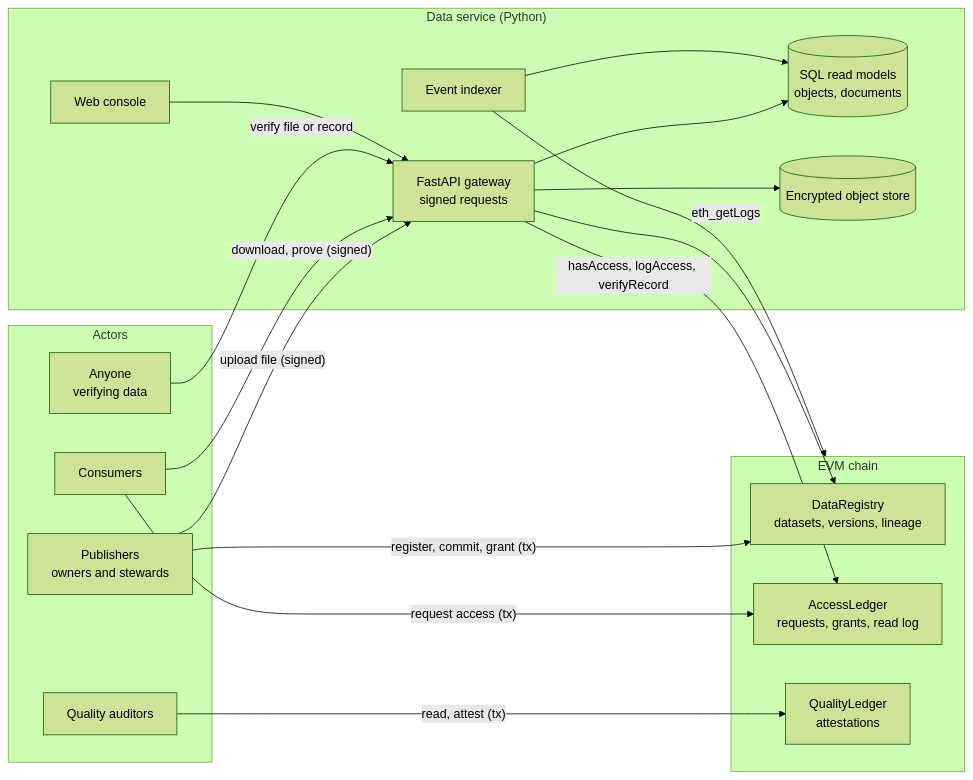
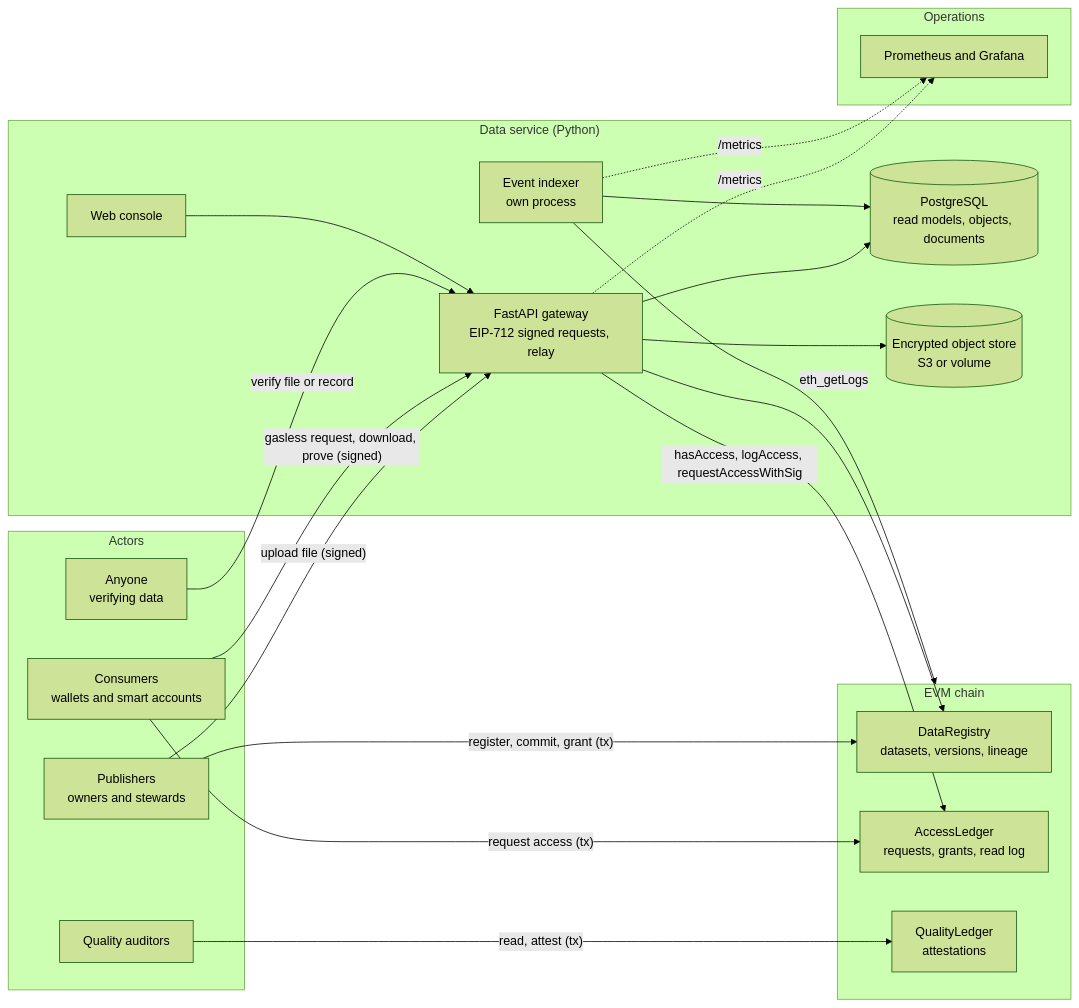
The diagram in docs/diagrams/architecture.mmd (sadrulemail/blockchain-data-management), drawn with Mermaid (forest theme) before and after one commit. The commit also changed 23 other files, not shown here.

```diff
--- a/docs/diagrams/architecture.mmd
+++ b/docs/diagrams/architecture.mmd
@@ -1,32 +1,37 @@
 flowchart LR
   subgraph Actors
     PUB[Publishers<br/>owners and stewards]
-    CON[Consumers]
+    CON[Consumers<br/>wallets and smart accounts]
     AUD[Quality auditors]
     ANY[Anyone<br/>verifying data]
   end
   subgraph Chain["EVM chain"]
     DR[DataRegistry<br/>datasets, versions, lineage]
     AL[AccessLedger<br/>requests, grants, read log]
     QL[QualityLedger<br/>attestations]
   end
   subgraph Service["Data service (Python)"]
-    API[FastAPI gateway<br/>signed requests]
-    IDX[Event indexer]
-    DB[(SQL read models<br/>objects, documents)]
-    OBJ[(Encrypted object store)]
+    API[FastAPI gateway<br/>EIP-712 signed requests, relay]
+    IDX[Event indexer<br/>own process]
+    DB[(PostgreSQL<br/>read models, objects, documents)]
+    OBJ[(Encrypted object store<br/>S3 or volume)]
     WEB[Web console]
+  end
+  subgraph Ops["Operations"]
+    MON[Prometheus and Grafana]
   end
   PUB -- "register, commit, grant (tx)" --> DR
   PUB -- "upload file (signed)" --> API
   CON -- "request access (tx)" --> AL
-  CON -- "download, prove (signed)" --> API
+  CON -- "gasless request, download, prove (signed)" --> API
   AUD -- "read, attest (tx)" --> QL
   ANY -- "verify file or record" --> API
-  API -- "hasAccess, logAccess, verifyRecord" --> AL
+  API -- "hasAccess, logAccess, requestAccessWithSig" --> AL
   API --> DR
   API --> OBJ
   API --> DB
   IDX -- "eth_getLogs" --> Chain
   IDX --> DB
   WEB --> API
+  API -. "/metrics" .-> MON
+  IDX -. "/metrics" .-> MON
```
